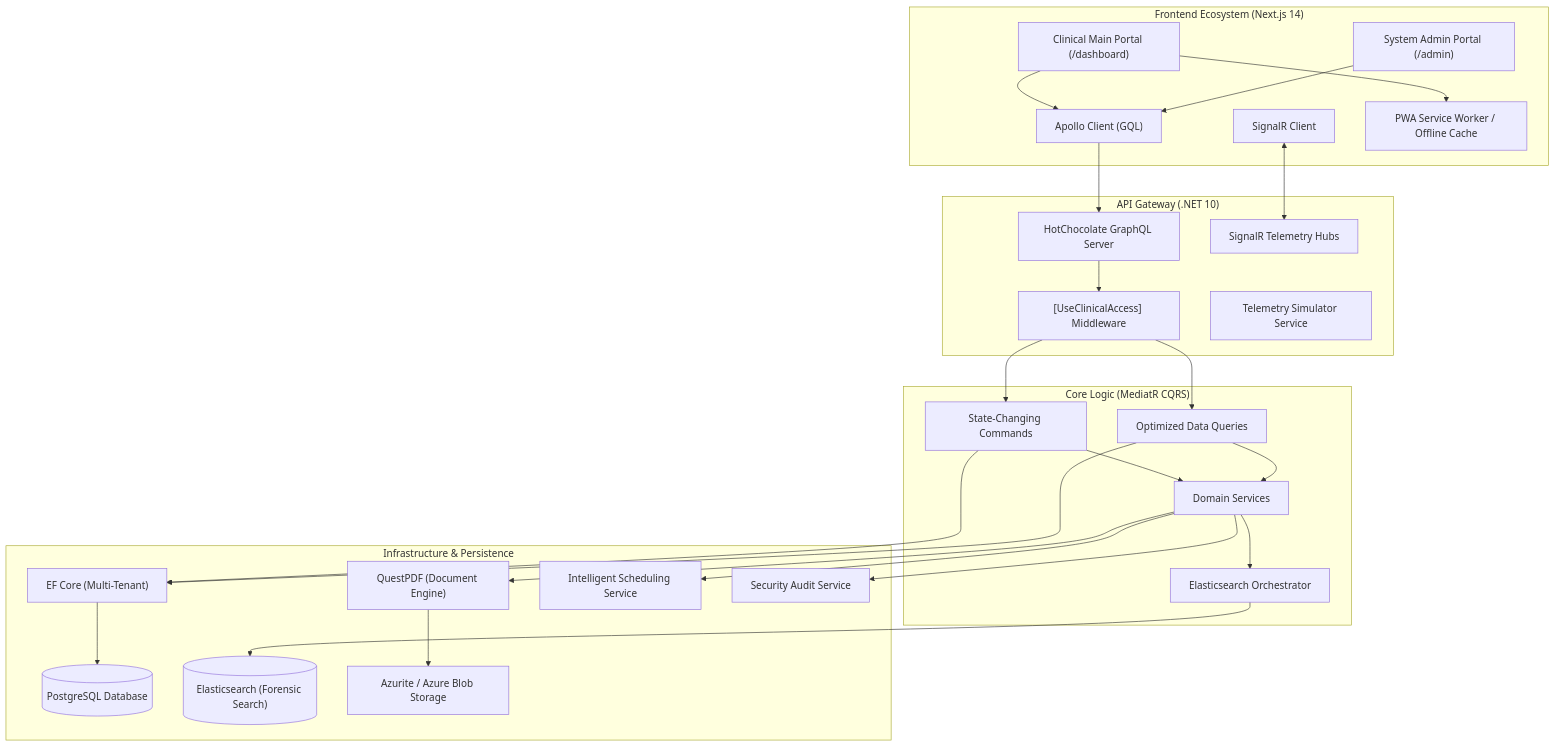
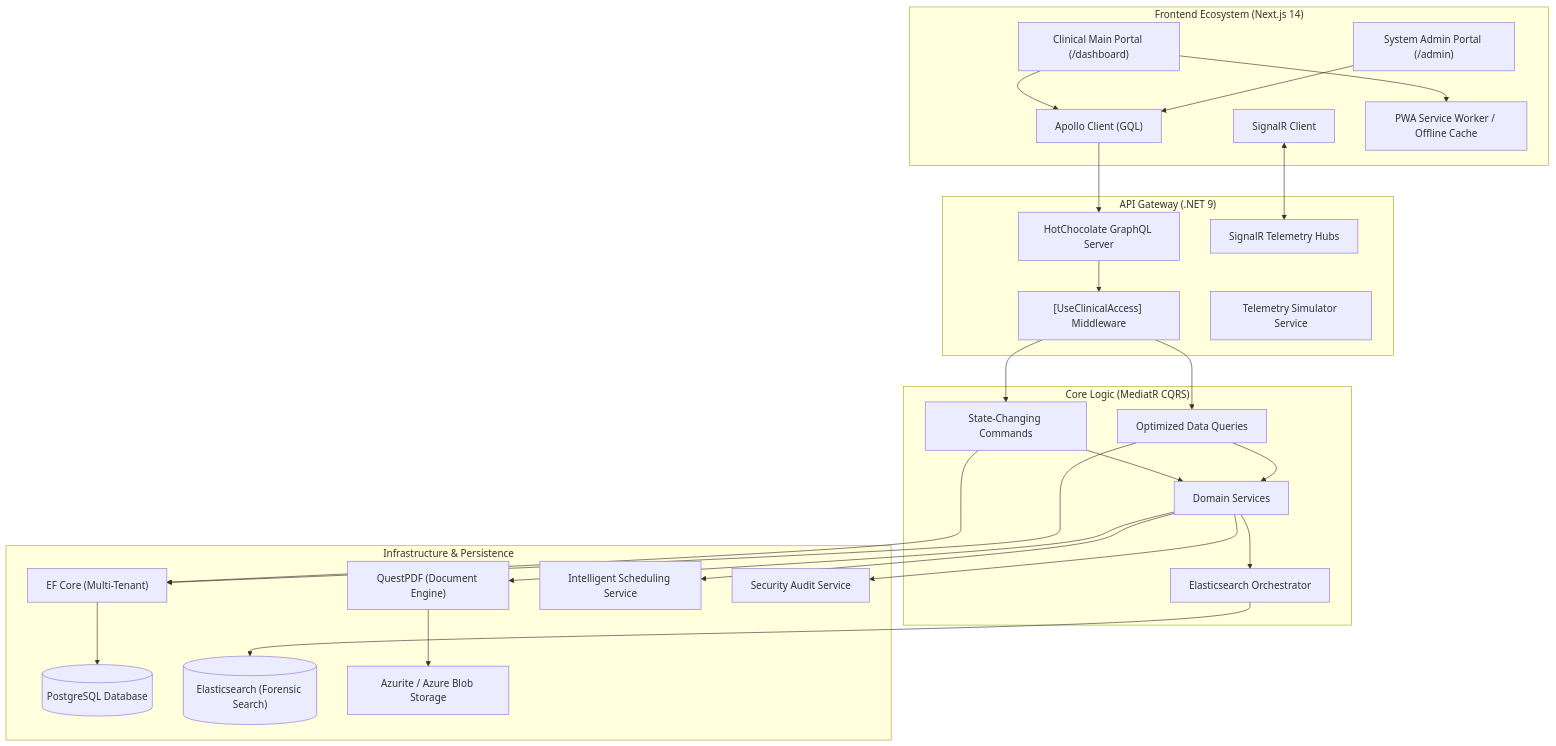
The diagram in README.md (ewceniza9009/emr), drawn with Mermaid before and after one commit. The commit also changed other lines of this file and 7 other files, not shown here.

````diff
--- a/README.md
+++ b/README.md
@@ -55,51 +58,51 @@
 ```mermaid
 flowchart TD
     subgraph ClientLayer ["Frontend Ecosystem (Next.js 14)"]
         MainPortal["Clinical Main Portal (/dashboard)"]
         AdminPortal["System Admin Portal (/admin)"]
         Apollo["Apollo Client (GQL)"]
         SignalR_C["SignalR Client"]
         PWA["PWA Service Worker / Offline Cache"]
     end
 
-    subgraph ApiLayer ["API Gateway (.NET 10)"]
+    subgraph ApiLayer ["API Gateway (.NET 9)"]
         GQL["HotChocolate GraphQL Server"]
         Hubs["SignalR Telemetry Hubs"]
         Security["[UseClinicalAccess] Middleware"]
         Sim["Telemetry Simulator Service"]
     end
 
     subgraph ApplicationLayer ["Core Logic (MediatR CQRS)"]
         Commands["State-Changing Commands"]
         Queries["Optimized Data Queries"]
         Services["Domain Services"]
         Search["Elasticsearch Orchestrator"]
     end
 
     subgraph InfrastructureLayer ["Infrastructure & Persistence"]
         EF["EF Core (Multi-Tenant)"]
         Postgres[("PostgreSQL Database")]
         Elastic[("Elasticsearch (Forensic Search)")]
         Blob["Azurite / Azure Blob Storage"]
         QuestPDF["QuestPDF (Document Engine)"]
         Scheduler["Intelligent Scheduling Service"]
         Audit["Security Audit Service"]
     end
 
     MainPortal --> Apollo
     AdminPortal --> Apollo
     Apollo --> GQL
     SignalR_C <--> Hubs
     GQL --> Security
     Security --> Commands & Queries
     Commands & Queries --> EF
     Commands & Queries --> Services
     Services --> QuestPDF
     Services --> Scheduler
     Services --> Audit
     Services --> Search
     EF --> Postgres
     Search --> Elastic
     QuestPDF --> Blob
     MainPortal --> PWA
 ```
````
